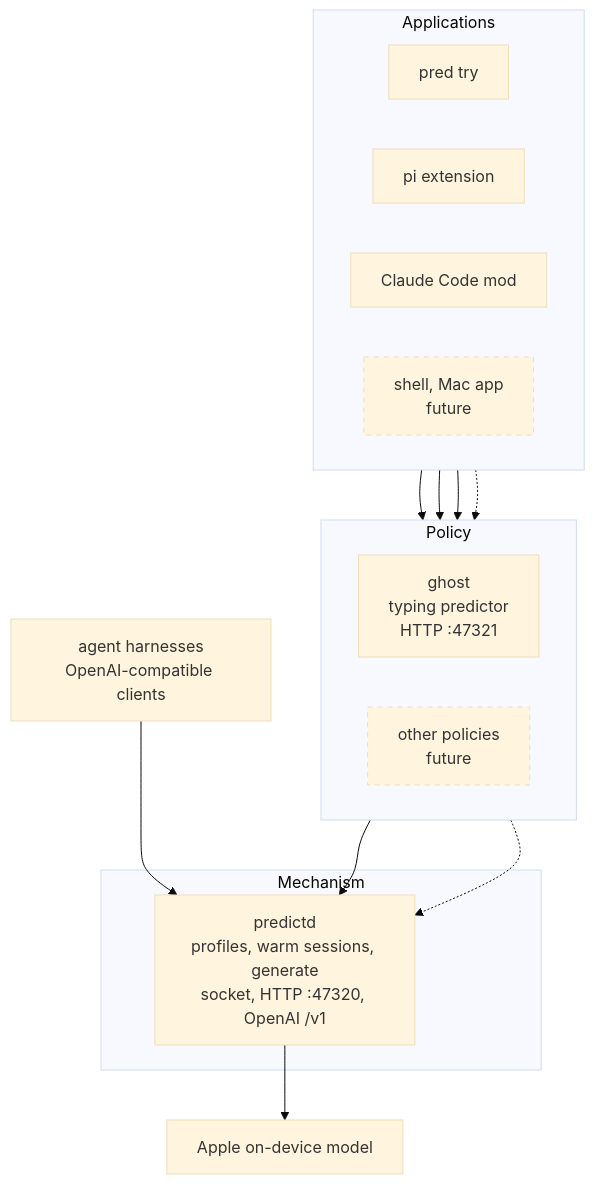
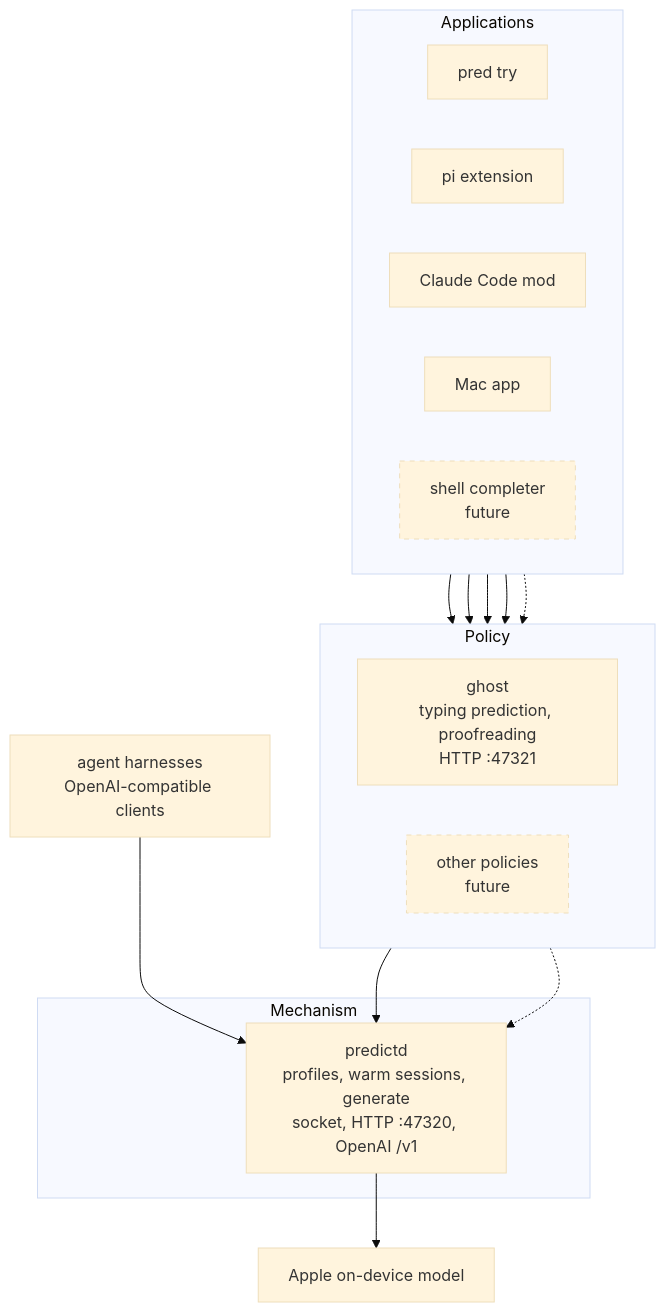
Before and after one commit to FreemanX/Homeword: the diagram in README.md, drawn with Mermaid (base theme). The commit also changed other lines of this file and 20 other files, not shown here.

First line of the commit message:
Mac app prototype and a proofreading policy

````diff
--- a/README.md
+++ b/README.md
@@ -16,29 +17,31 @@
 ```mermaid
 flowchart TB
     subgraph apps["Applications"]
         direction LR
         try["pred try"]
         pi["pi extension"]
         cc["Claude Code mod"]
-        next["shell, Mac app<br/>future"]:::future
+        mac["Mac app"]
+        next["shell completer<br/>future"]:::future
     end
     subgraph policy["Policy"]
         direction LR
-        ghost["ghost<br/>typing predictor<br/>HTTP :47321"]
+        ghost["ghost<br/>typing prediction, proofreading<br/>HTTP :47321"]
         other["other policies<br/>future"]:::future
     end
     subgraph mech["Mechanism"]
         predictd["predictd<br/>profiles, warm sessions, generate<br/>socket, HTTP :47320, OpenAI /v1"]
     end
     harness["agent harnesses<br/>OpenAI-compatible clients"]
     fm["Apple on-device model"]
     try --> ghost
     pi --> ghost
     cc --> ghost
+    mac --> ghost
     next -.-> ghost
     ghost --> predictd
     other -.-> predictd
     harness --> predictd
     predictd --> fm
     classDef future stroke-dasharray: 5 5
 ```
````
